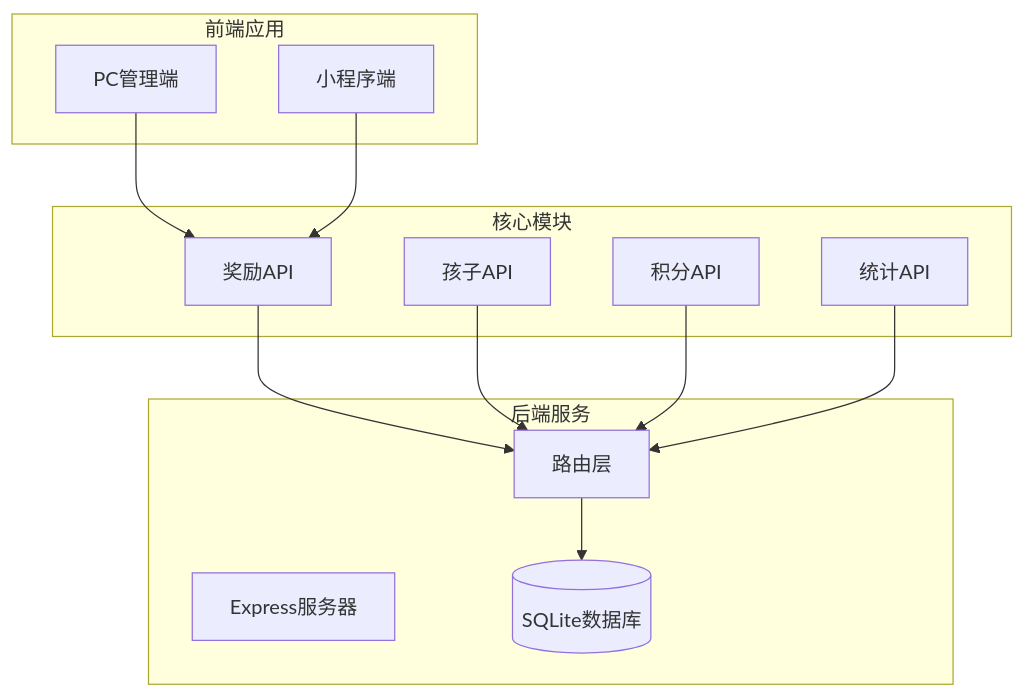
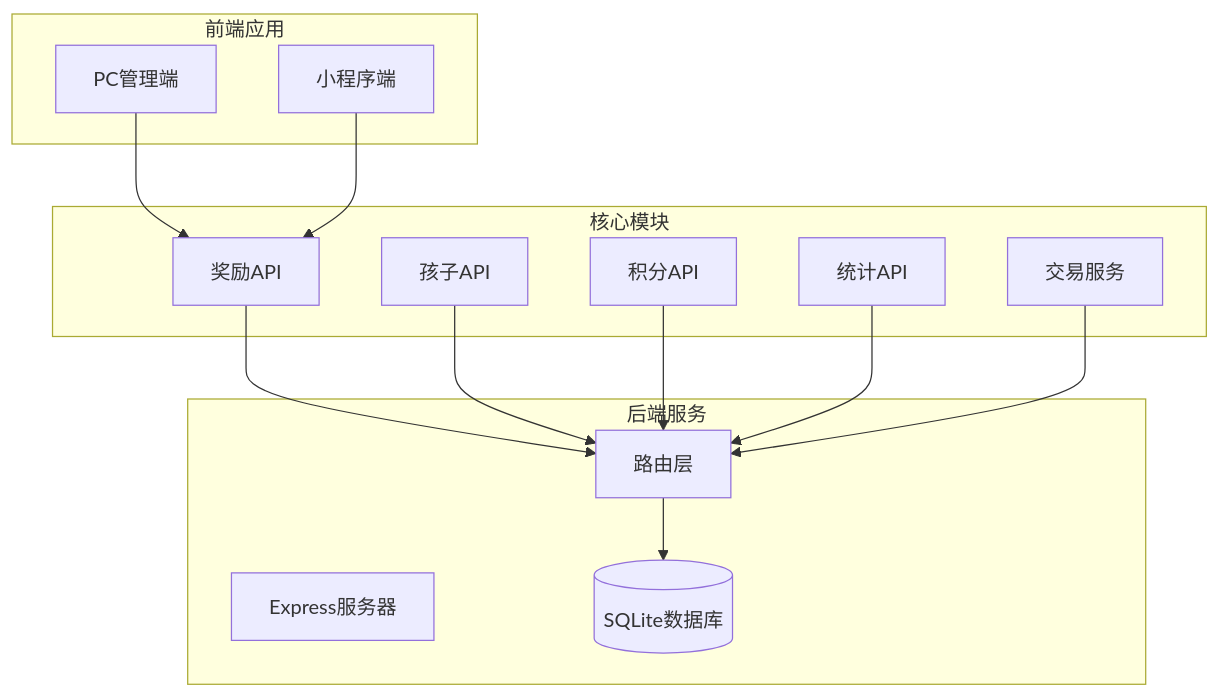
The first of 9 diagrams in .qoder/repowiki/zh/content/后端API接口文档/奖励管理接口.md (dawny123123/StarParadise), drawn with Mermaid before and after one commit. The commit also changed other lines of this file and 229 other files, not shown here.

````diff
--- a/.qoder/repowiki/zh/content/后端API接口文档/奖励管理接口.md
+++ b/.qoder/repowiki/zh/content/后端API接口文档/奖励管理接口.md
@@ -39,25 +51,27 @@
 ```mermaid
 graph TB
 subgraph "前端应用"
 PCAdmin[PC管理端]
 MiniProgram[小程序端]
 end
 subgraph "后端服务"
 Express[Express服务器]
 Routes[路由层]
 Database[(SQLite数据库)]
 end
 subgraph "核心模块"
 RewardsAPI[奖励API]
 ChildrenAPI[孩子API]
 PointsAPI[积分API]
 StatsAPI[统计API]
+TransactionService[交易服务]
 end
 PCAdmin --> RewardsAPI
 MiniProgram --> RewardsAPI
 RewardsAPI --> Routes
 Routes --> Database
 ChildrenAPI --> Routes
 PointsAPI --> Routes
 StatsAPI --> Routes
+TransactionService --> Routes
 ```
````
